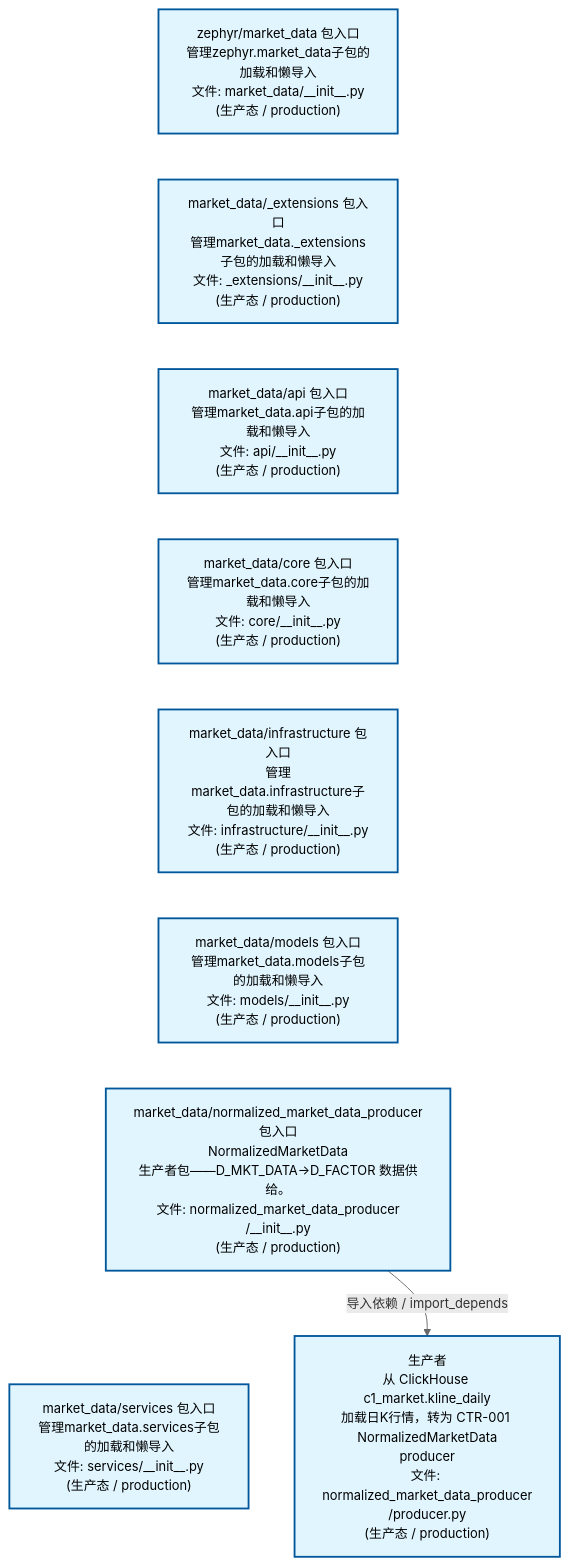
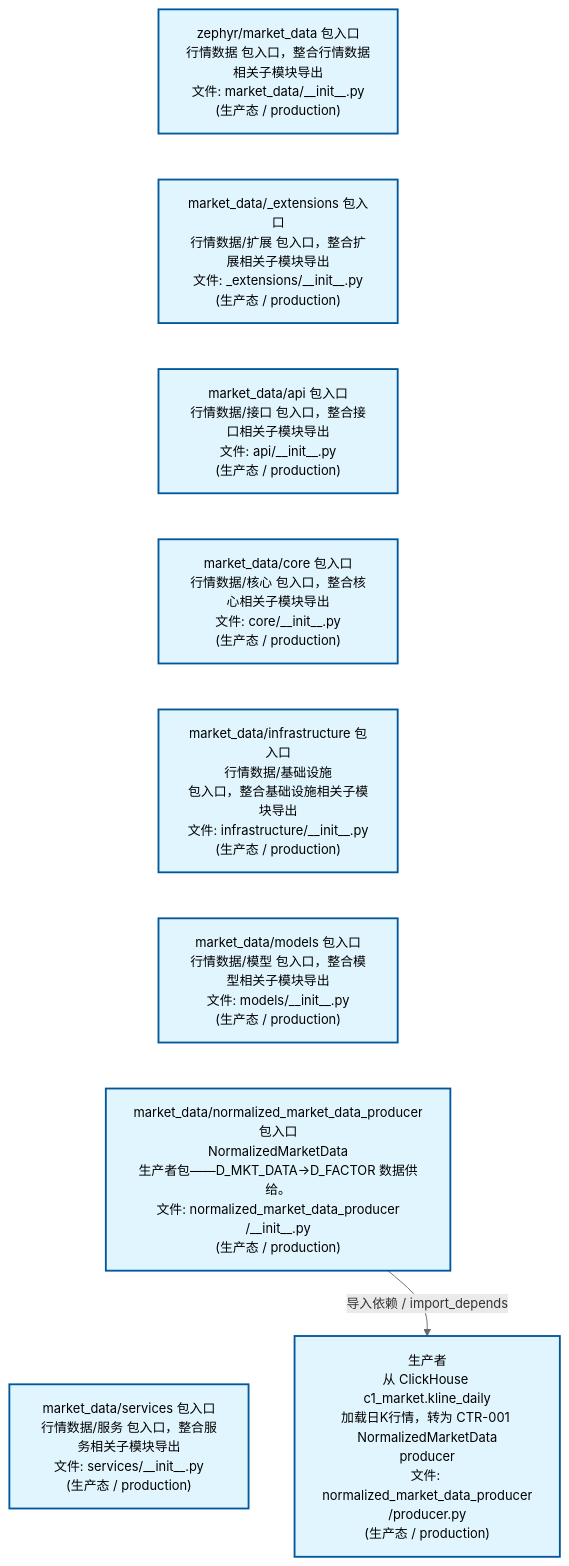
The second of 4 diagrams in docs/02_enterprise_architecture/02_domain_architecture_docs/23_d_mkt_data.md (xuanFelixVan/ZephyrAlpha), drawn with Mermaid before and after one commit. The commit also changed other lines of this file and 50 other files, not shown here.

````diff
--- a/docs/02_enterprise_architecture/02_domain_architecture_docs/23_d_mkt_data.md
+++ b/docs/02_enterprise_architecture/02_domain_architecture_docs/23_d_mkt_data.md
@@ -112,26 +112,26 @@
 ```mermaid
 %%{init: {'theme': 'base', 'themeVariables': {'primaryColor': '#eaeaea', 'primaryTextColor': '#333333', 'primaryBorderColor': '#666666', 'lineColor': '#666666', 'secondaryColor': '#eaeaea', 'tertiaryColor': '#eaeaea', 'fontSize': '14px'}}}%%
 flowchart TD
-    src_zephyr_market_data_init_py["zephyr/market_data 包入口<br/>管理zephyr.market_data子包的加载和懒导入<br/>文件: market_data/__init__.py<br/>(生产态 / production)"]
-    src_zephyr_market_data_extensions_init_py["market_data/_extensions 包入口<br/>管理market_data._extensions子包的加载和懒导入<br/>文件: _extensions/__init__.py<br/>(生产态 / production)"]
-    src_zephyr_market_data_api_init_py["market_data/api 包入口<br/>管理market_data.api子包的加载和懒导入<br/>文件: api/__init__.py<br/>(生产态 / production)"]
-    src_zephyr_market_data_core_init_py["market_data/core 包入口<br/>管理market_data.core子包的加载和懒导入<br/>文件: core/__init__.py<br/>(生产态 / production)"]
-    src_zephyr_market_data_infrastructure_init_py["market_data/infrastructure 包入口<br/>管理market_data.infrastructure子包的加载和懒导入<br/>文件: infrastructure/__init__.py<br/>(生产态 / production)"]
-    src_zephyr_market_data_models_init_py["market_data/models 包入口<br/>管理market_data.models子包的加载和懒导入<br/>文件: models/__init__.py<br/>(生产态 / production)"]
+    src_zephyr_market_data_init_py["zephyr/market_data 包入口<br/>行情数据 包入口，整合行情数据相关子模块导出<br/>文件: market_data/__init__.py<br/>(生产态 / production)"]
+    src_zephyr_market_data_extensions_init_py["market_data/_extensions 包入口<br/>行情数据/扩展 包入口，整合扩展相关子模块导出<br/>文件: _extensions/__init__.py<br/>(生产态 / production)"]
+    src_zephyr_market_data_api_init_py["market_data/api 包入口<br/>行情数据/接口 包入口，整合接口相关子模块导出<br/>文件: api/__init__.py<br/>(生产态 / production)"]
+    src_zephyr_market_data_core_init_py["market_data/core 包入口<br/>行情数据/核心 包入口，整合核心相关子模块导出<br/>文件: core/__init__.py<br/>(生产态 / production)"]
+    src_zephyr_market_data_infrastructure_init_py["market_data/infrastructure 包入口<br/>行情数据/基础设施<br/>包入口，整合基础设施相关子模块导出<br/>文件: infrastructure/__init__.py<br/>(生产态 / production)"]
+    src_zephyr_market_data_models_init_py["market_data/models 包入口<br/>行情数据/模型 包入口，整合模型相关子模块导出<br/>文件: models/__init__.py<br/>(生产态 / production)"]
     src_zephyr_market_data_normalized_market_data_producer_init_py["market_data/normalized_market_data_producer<br/>包入口<br/>NormalizedMarketData<br/>生产者包——D_MKT_DATA→D_FACTOR 数据供给。<br/>文件: normalized_market_data_producer<br/>/__init__.py<br/>(生产态 / production)"]
-    src_zephyr_market_data_services_init_py["market_data/services 包入口<br/>管理market_data.services子包的加载和懒导入<br/>文件: services/__init__.py<br/>(生产态 / production)"]
+    src_zephyr_market_data_services_init_py["market_data/services 包入口<br/>行情数据/服务 包入口，整合服务相关子模块导出<br/>文件: services/__init__.py<br/>(生产态 / production)"]
     src_zephyr_market_data_init_py ~~~ src_zephyr_market_data_extensions_init_py
     src_zephyr_market_data_extensions_init_py ~~~ src_zephyr_market_data_api_init_py
     src_zephyr_market_data_api_init_py ~~~ src_zephyr_market_data_core_init_py
     src_zephyr_market_data_core_init_py ~~~ src_zephyr_market_data_infrastructure_init_py
     src_zephyr_market_data_infrastructure_init_py ~~~ src_zephyr_market_data_models_init_py
     src_zephyr_market_data_models_init_py ~~~ src_zephyr_market_data_normalized_market_data_producer_init_py
     src_zephyr_market_data_normalized_market_data_producer_init_py ~~~ src_zephyr_market_data_services_init_py
     src_zephyr_market_data_normalized_market_data_producer_producer_py["生产者<br/>从 ClickHouse c1_market.kline_daily<br/>加载日K行情，转为 CTR-001 NormalizedMarketData<br/>producer<br/>文件: normalized_market_data_producer<br/>/producer.py<br/>(生产态 / production)"]
     src_zephyr_market_data_normalized_market_data_producer_init_py -->|导入依赖 / import_depends| src_zephyr_market_data_normalized_market_data_producer_producer_py
     classDef production fill:#e1f5fe,stroke:#01579b,stroke-width:2px,color:#000
     classDef design fill:#fff3e0,stroke:#e65100,stroke-width:2px,color:#000,stroke-dasharray: 5 5
     classDef external_prod fill:#e8f4fd,stroke:#0277bd,stroke-width:1px,color:#000
     classDef external_design fill:#fff8e7,stroke:#ef6c00,stroke-width:1px,color:#000,stroke-dasharray: 5 5
     class src_zephyr_market_data_init_py,src_zephyr_market_data_extensions_init_py,src_zephyr_market_data_api_init_py,src_zephyr_market_data_core_init_py,src_zephyr_market_data_infrastructure_init_py,src_zephyr_market_data_models_init_py,src_zephyr_market_data_normalized_market_data_producer_init_py,src_zephyr_market_data_normalized_market_data_producer_producer_py,src_zephyr_market_data_services_init_py production
 ```
````
